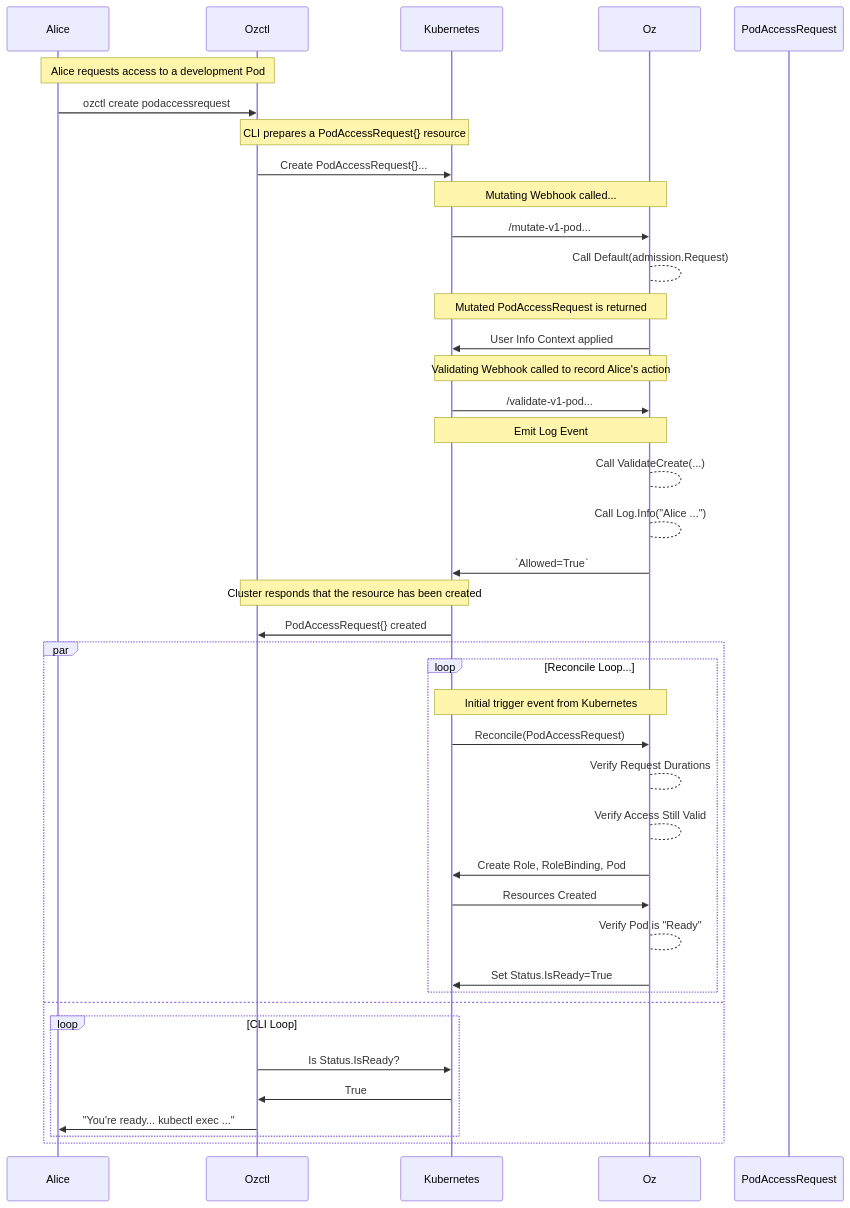
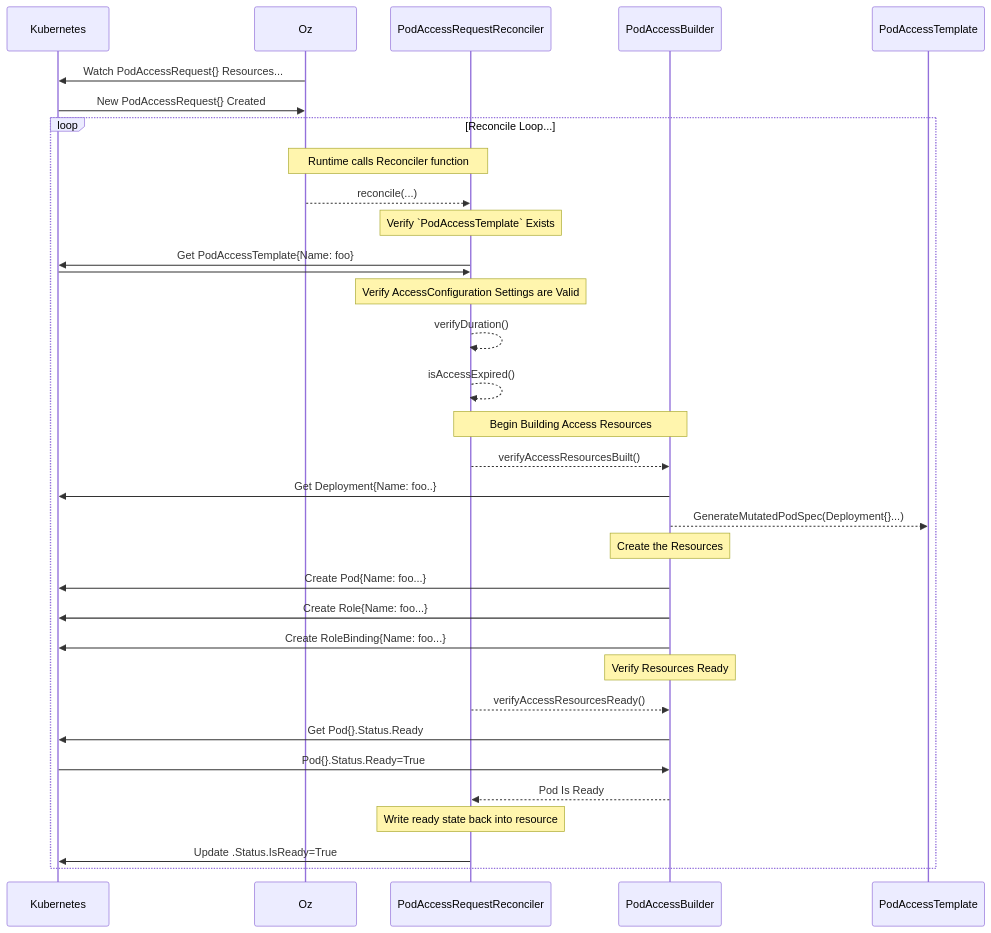
One commit to diranged/oz changed the third of 3 diagrams in controllers/README.md. Above: the diagram before and after it, drawn with Mermaid. The commit also changed other lines of this file and 1 other file, not shown here.

Commit message:
more docs

````diff
--- a/controllers/README.md
+++ b/controllers/README.md
@@ -69,54 +109,46 @@
 ```mermaid
 sequenceDiagram
-    participant Alice
-    participant Ozctl
-    participant Kubernetes
-    participant Oz
-    participant PodAccessRequest
+  participant Kubernetes
+  participant Oz
+  participant PodAccessRequestReconciler
+  participant PodAccessBuilder
+  participant PodAccessTemplate
+  
+  Oz->>Kubernetes: Watch PodAccessRequest{} Resources...
+  Kubernetes->>Oz: New PodAccessRequest{} Created
 
-    link PodAccessRequest: API @ [pod_access_request]
+  loop Reconcile Loop...
+    Note over Oz,PodAccessRequestReconciler: Runtime calls Reconciler function
+    Oz-->>PodAccessRequestReconciler: reconcile(...)
     
-    Note over Alice,Ozctl: Alice requests access to a development Pod
-    Alice->>Ozctl: ozctl create podaccessrequest
+    Note over PodAccessRequestReconciler: Verify `PodAccessTemplate` Exists
+    PodAccessRequestReconciler->>Kubernetes: Get PodAccessTemplate{Name: foo}
+    Kubernetes->>PodAccessRequestReconciler: 
     
-    Note over Ozctl,Kubernetes: CLI prepares a PodAccessRequest{} resource
-    Ozctl->>Kubernetes: Create PodAccessRequest{}...
+    Note over PodAccessRequestReconciler: Verify AccessConfiguration Settings are Valid
+    PodAccessRequestReconciler-->>PodAccessRequestReconciler: verifyDuration()
+    PodAccessRequestReconciler-->>PodAccessRequestReconciler: isAccessExpired()
+    
+    Note over PodAccessRequestReconciler,PodAccessBuilder: Begin Building Access Resources
+    PodAccessRequestReconciler-->>PodAccessBuilder: verifyAccessResourcesBuilt()
+    
+    PodAccessBuilder->>Kubernetes: Get Deployment{Name: foo..}
+    PodAccessBuilder-->>PodAccessTemplate: GenerateMutatedPodSpec(Deployment{}...)
 
-    Note over Kubernetes,Oz: Mutating Webhook called...
-    Kubernetes->>Oz: /mutate-v1-pod...
-    Oz-->Oz: Call Default(admission.Request)
+    Note over PodAccessBuilder: Create the Resources
+    PodAccessBuilder->>Kubernetes: Create Pod{Name: foo...}
+    PodAccessBuilder->>Kubernetes: Create Role{Name: foo...}
+    PodAccessBuilder->>Kubernetes: Create RoleBinding{Name: foo...}
     
-    Note over Kubernetes,Oz: Mutated PodAccessRequest is returned
-    Oz->>Kubernetes: User Info Context applied
 
-    Note over Kubernetes,Oz: Validating Webhook called to record Alice's action
-    Kubernetes->>Oz: /validate-v1-pod...
+    Note over PodAccessBuilder: Verify Resources Ready
+    PodAccessRequestReconciler-->>PodAccessBuilder: verifyAccessResourcesReady()
     
-    Note over Kubernetes,Oz: Emit Log Event
-    Oz-->Oz: Call ValidateCreate(...)
-    Oz-->Oz: Call Log.Info("Alice ...")
-    Oz->>Kubernetes: `Allowed=True`
-    
-    Note over Kubernetes,Ozctl: Cluster responds that the resource has been created
-    Kubernetes->>Ozctl: PodAccessRequest{} created
-    
-    par
-      loop Reconcile Loop...
-      Note over Kubernetes,Oz: Initial trigger event from Kubernetes
-        Kubernetes->>Oz: Reconcile(PodAccessRequest)
+    PodAccessBuilder->>Kubernetes: Get Pod{}.Status.Ready
+    Kubernetes->>PodAccessBuilder: Pod{}.Status.Ready=True
+    PodAccessBuilder-->>PodAccessRequestReconciler: Pod Is Ready
 
-        Oz-->Oz: Verify Request Durations
-        Oz-->Oz: Verify Access Still Valid
-        Oz->>Kubernetes: Create Role, RoleBinding, Pod
-        Kubernetes ->> Oz: Resources Created
-        Oz-->Oz: Verify Pod is "Ready"
-        Oz->>Kubernetes: Set Status.IsReady=True
-      end
-    and
-      loop CLI Loop
-        Ozctl->>Kubernetes: Is Status.IsReady?
-        Kubernetes->>Ozctl: True
-        Ozctl->>Alice: "You're ready... kubectl exec ..."
-      end
-    end
+    Note over PodAccessRequestReconciler: Write ready state back into resource
+    PodAccessRequestReconciler->>Kubernetes: Update .Status.IsReady=True
+  end
 ```
````
